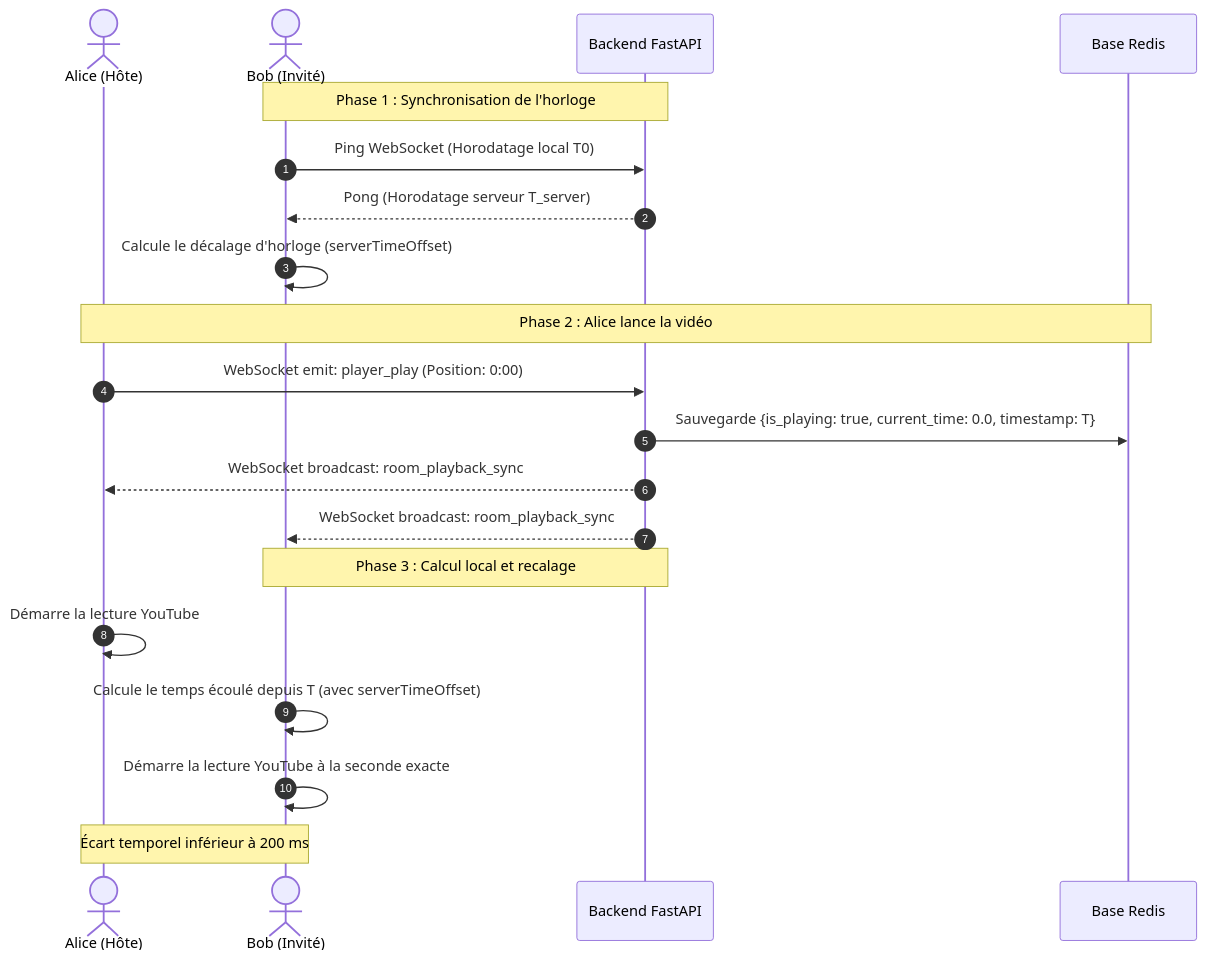
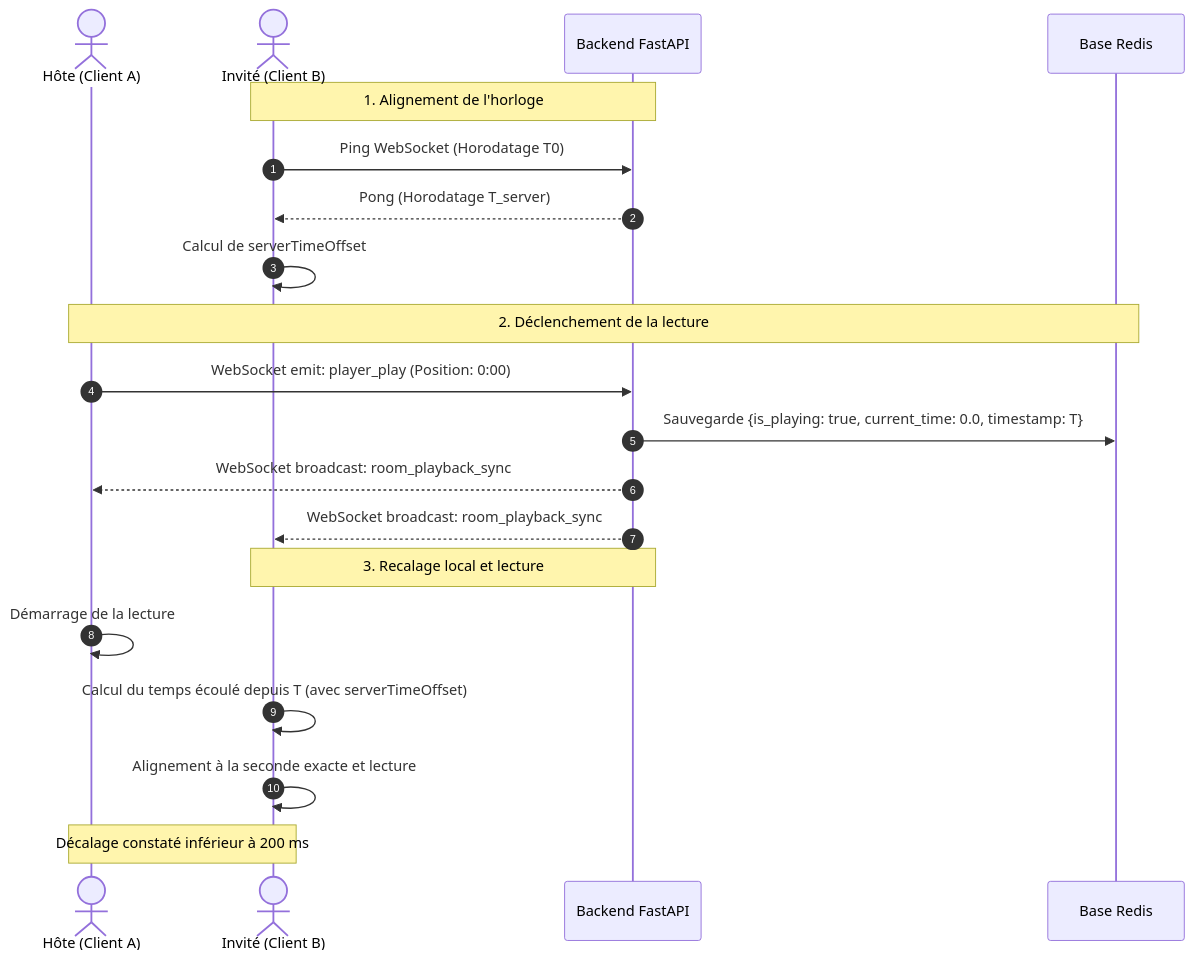
The diagram in docs/core-sync-algorithm.md (Moohmoo/Synk), drawn with Mermaid before and after one commit. The commit also changed other lines of this file, not shown here.

Commit message:
docs: refine sync algorithm to professional tone

````diff
--- a/docs/core-sync-algorithm.md
+++ b/docs/core-sync-algorithm.md
@@ -90,25 +82,25 @@
 ```mermaid
 sequenceDiagram
     autonumber
-    actor Alice as Alice (Hôte)
-    actor Bob as Bob (Invité)
+    actor Host as Hôte (Client A)
+    actor Guest as Invité (Client B)
     participant FastAPI as Backend FastAPI
     participant Redis as Base Redis
 
-    Note over Bob,FastAPI: Phase 1 : Synchronisation de l'horloge
-    Bob->>FastAPI: Ping WebSocket (Horodatage local T0)
-    FastAPI-->>Bob: Pong (Horodatage serveur T_server)
-    Bob->>Bob: Calcule le décalage d'horloge (serverTimeOffset)
+    Note over Guest,FastAPI: 1. Alignement de l'horloge
+    Guest->>FastAPI: Ping WebSocket (Horodatage T0)
+    FastAPI-->>Guest: Pong (Horodatage T_server)
+    Guest->>Guest: Calcul de serverTimeOffset
 
-    Note over Alice,Redis: Phase 2 : Alice lance la vidéo
-    Alice->>FastAPI: WebSocket emit: player_play (Position: 0:00)
+    Note over Host,Redis: 2. Déclenchement de la lecture
+    Host->>FastAPI: WebSocket emit: player_play (Position: 0:00)
     FastAPI->>Redis: Sauvegarde {is_playing: true, current_time: 0.0, timestamp: T}
-    FastAPI-->>Alice: WebSocket broadcast: room_playback_sync
-    FastAPI-->>Bob: WebSocket broadcast: room_playback_sync
+    FastAPI-->>Host: WebSocket broadcast: room_playback_sync
+    FastAPI-->>Guest: WebSocket broadcast: room_playback_sync
 
-    Note over Bob,FastAPI: Phase 3 : Calcul local et recalage
-    Alice->>Alice: Démarre la lecture YouTube
-    Bob->>Bob: Calcule le temps écoulé depuis T (avec serverTimeOffset)
-    Bob->>Bob: Démarre la lecture YouTube à la seconde exacte
-    Note over Alice,Bob: Écart temporel inférieur à 200 ms
+    Note over Guest,FastAPI: 3. Recalage local et lecture
+    Host->>Host: Démarrage de la lecture
+    Guest->>Guest: Calcul du temps écoulé depuis T (avec serverTimeOffset)
+    Guest->>Guest: Alignement à la seconde exacte et lecture
+    Note over Host,Guest: Décalage constaté inférieur à 200 ms
 ```
````
